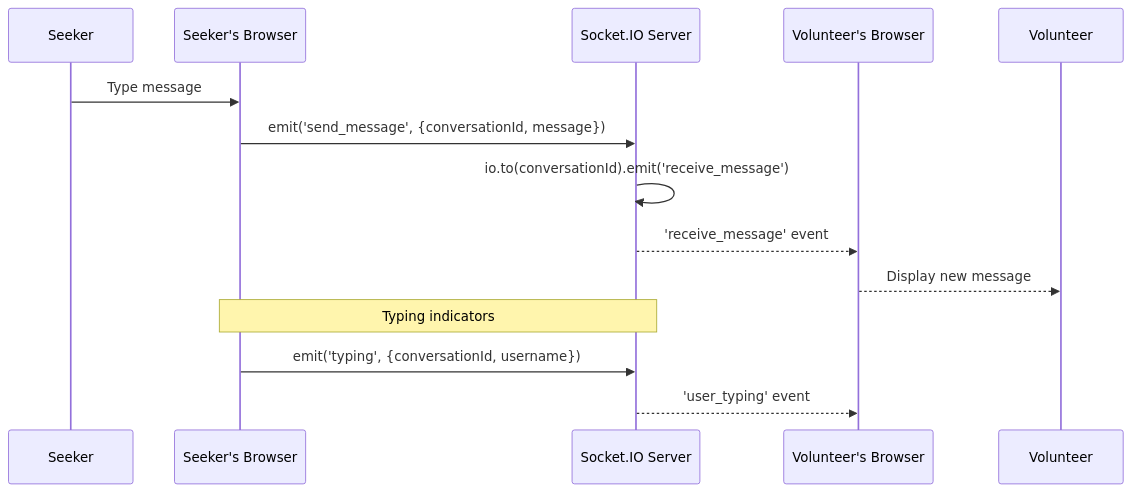
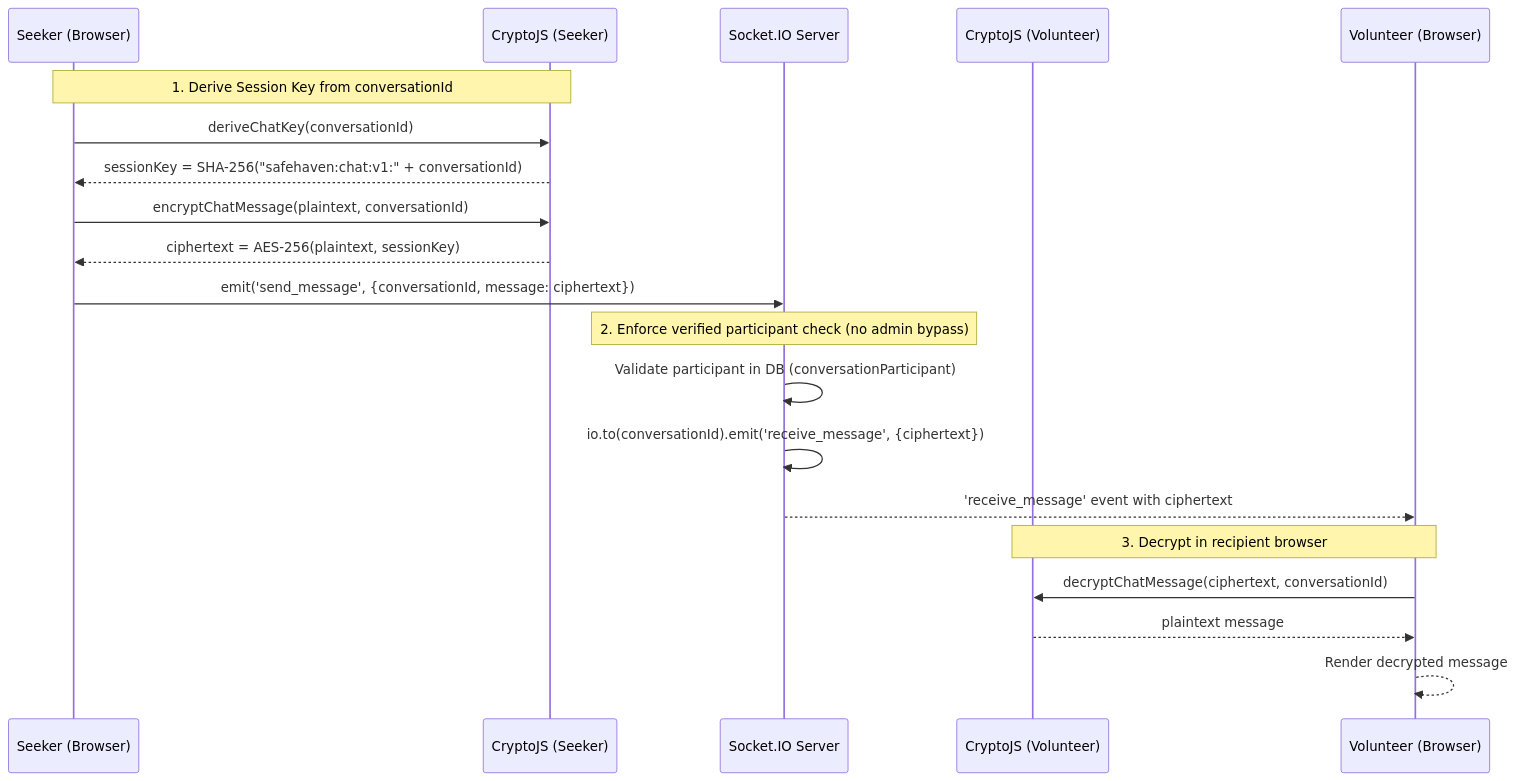
Before and after one commit to alvn2/SAFEHAVEN: the fourth of 6 diagrams in docs/07-system-architecture.md, drawn with Mermaid. The commit also changed other lines of this file and 37 other files, not shown here.

````diff
--- a/docs/07-system-architecture.md
+++ b/docs/07-system-architecture.md
@@ -123,18 +123,26 @@
 ```mermaid
 sequenceDiagram
-    participant S as Seeker
-    participant FE1 as Seeker's Browser
+    participant S as Seeker (Browser)
+    participant CE1 as CryptoJS (Seeker)
     participant WS as Socket.IO Server
-    participant FE2 as Volunteer's Browser
-    participant V as Volunteer
+    participant CE2 as CryptoJS (Volunteer)
+    participant V as Volunteer (Browser)
 
-    S->>FE1: Type message
-    FE1->>WS: emit('send_message', {conversationId, message})
-    WS->>WS: io.to(conversationId).emit('receive_message')
-    WS-->>FE2: 'receive_message' event
-    FE2-->>V: Display new message
+    Note over S,CE1: 1. Derive Session Key from conversationId
+    S->>CE1: deriveChatKey(conversationId)
+    CE1-->>S: sessionKey = SHA-256("safehaven:chat:v1:" + conversationId)
 
-    Note over FE1,WS: Typing indicators
-    FE1->>WS: emit('typing', {conversationId, username})
-    WS-->>FE2: 'user_typing' event
+    S->>CE1: encryptChatMessage(plaintext, conversationId)
+    CE1-->>S: ciphertext = AES-256(plaintext, sessionKey)
+
+    S->>WS: emit('send_message', {conversationId, message: ciphertext})
+    Note over WS: 2. Enforce verified participant check (no admin bypass)
+    WS->>WS: Validate participant in DB (conversationParticipant)
+    WS->>WS: io.to(conversationId).emit('receive_message', {ciphertext})
+    WS-->>V: 'receive_message' event with ciphertext
+
+    Note over V,CE2: 3. Decrypt in recipient browser
+    V->>CE2: decryptChatMessage(ciphertext, conversationId)
+    CE2-->>V: plaintext message
+    V-->>V: Render decrypted message
 ```
````
